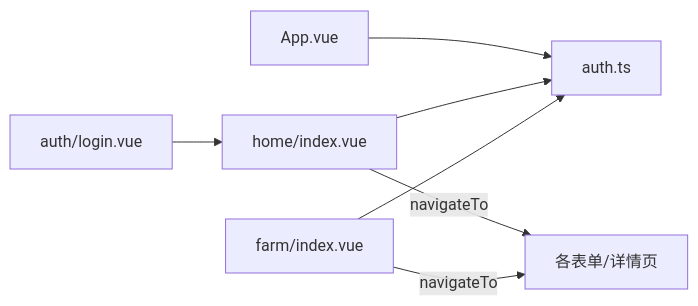
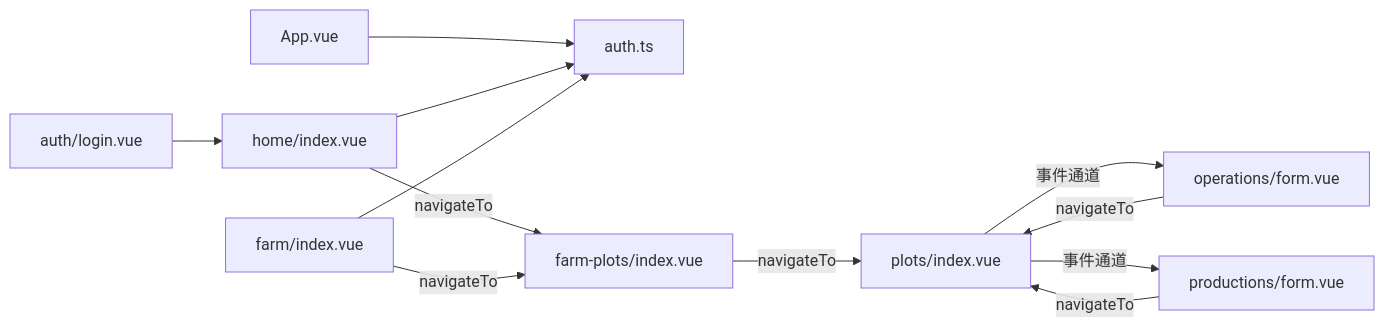
Before and after one commit to wungjyan/pocket-farm: the seventh of 7 diagrams in .qoder/repowiki/zh/content/系统架构/前端架构/路由导航.md, drawn with Mermaid. The commit also changed other lines of this file and 198 other files, not shown here.

````diff
--- a/.qoder/repowiki/zh/content/系统架构/前端架构/路由导航.md
+++ b/.qoder/repowiki/zh/content/系统架构/前端架构/路由导航.md
@@ -241,9 +322,14 @@
 ```mermaid
 graph LR
 App["App.vue"] --> Auth["auth.ts"]
 Home["home/index.vue"] --> Auth
 Farm["farm/index.vue"] --> Auth
 Login["auth/login.vue"] --> Home
-Home --> |navigateTo| Forms["各表单/详情页"]
-Farm --> |navigateTo| Forms
+Home --> |navigateTo| FarmPlots["farm-plots/index.vue"]
+Farm --> |navigateTo| FarmPlots
+FarmPlots --> |navigateTo| Plots["plots/index.vue"]
+Operations["operations/form.vue"] --> |navigateTo| Plots
+Productions["productions/form.vue"] --> |navigateTo| Plots
+Plots --> |事件通道| Operations
+Plots --> |事件通道| Productions
 ```
````
